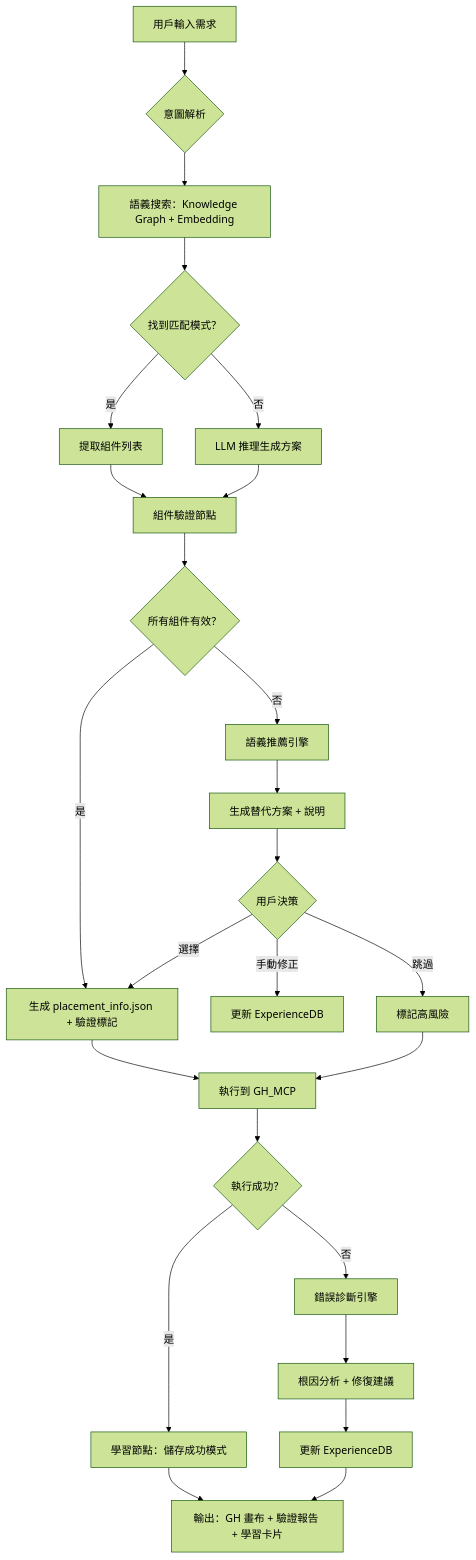
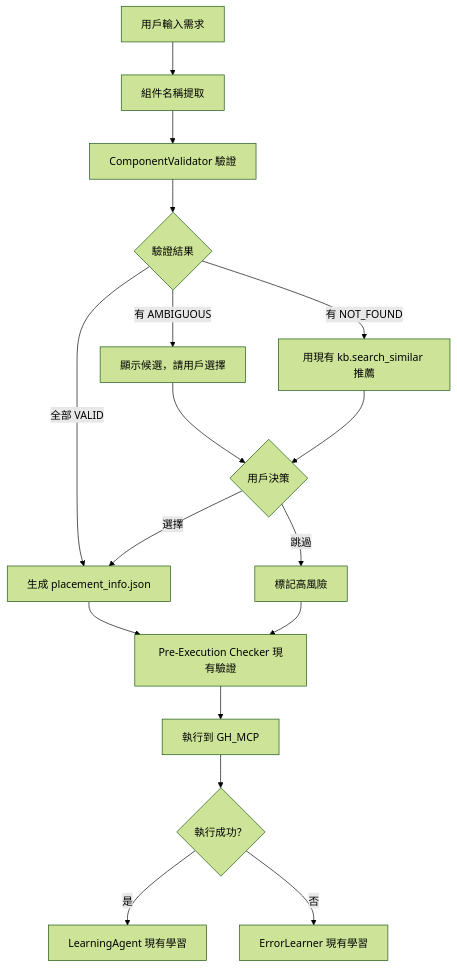
Before and after one commit to fred1357944/grasshopper-mcp-workflow: the diagram in docs/VALIDATION_FIRST_ARCHITECTURE.md, drawn with Mermaid (forest theme). The commit also changed other lines of this file, not shown here.

First line of the commit message:
docs: simplify validation-first architecture spec (v1.1)

````diff
--- a/docs/VALIDATION_FIRST_ARCHITECTURE.md
+++ b/docs/VALIDATION_FIRST_ARCHITECTURE.md
@@ -20,35 +20,23 @@
 ```mermaid
 flowchart TD
-    A[用戶輸入需求] --> B{意圖解析}
-    B --> C[語義搜索：Knowledge Graph + Embedding]
-    C --> D{找到匹配模式？}
+    A[用戶輸入需求] --> B[組件名稱提取]
+    B --> C[ComponentValidator 驗證]
 
-    D -- 是 --> E[提取組件列表]
-    D -- 否 --> F[LLM 推理生成方案]
+    C --> D{驗證結果}
+    D -- 全部 VALID --> E[生成 placement_info.json]
+    D -- 有 AMBIGUOUS --> F[顯示候選，請用戶選擇]
+    D -- 有 NOT_FOUND --> G[用現有 kb.search_similar 推薦]
 
-    E --> G[組件驗證節點]
-    F --> G
+    F --> H{用戶決策}
+    G --> H
+    H -- 選擇 --> E
+    H -- 跳過 --> I[標記高風險]
 
-    G --> H{所有組件有效？}
-    H -- 是 --> I[生成 placement_info.json + 驗證標記]
-    H -- 否 --> J[語義推薦引擎]
+    E --> J[Pre-Execution Checker 現有驗證]
+    I --> J
 
-    J --> K[生成替代方案 + 說明]
-    K --> L{用戶決策}
-    L -- 選擇 --> I
-    L -- 手動修正 --> M[更新 ExperienceDB]
-    L -- 跳過 --> N[標記高風險]
-
-    I --> O[執行到 GH_MCP]
-    N --> O
-
-    O --> P{執行成功？}
-    P -- 是 --> Q[學習節點：儲存成功模式]
-    P -- 否 --> R[錯誤診斷引擎]
-
-    R --> S[根因分析 + 修復建議]
-    S --> T[更新 ExperienceDB]
-
-    Q --> U[輸出：GH 畫布 + 驗證報告 + 學習卡片]
-    T --> U
+    J --> K[執行到 GH_MCP]
+    K --> L{執行成功？}
+    L -- 是 --> M[LearningAgent 現有學習]
+    L -- 否 --> N[ErrorLearner 現有學習]
 ```
````
